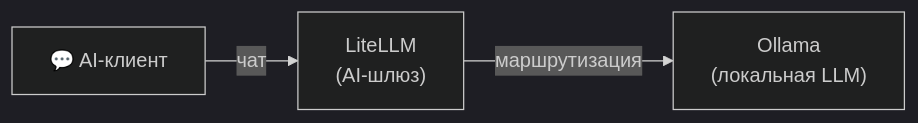
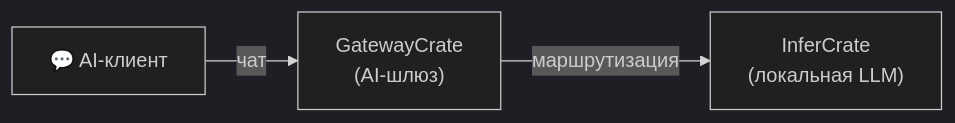
One commit to hwdsl2/self-hosted-ai-stack changed the diagram in stacks/chat-only/README-ru.md. Above: the diagram before and after it, drawn with Mermaid (dark theme). The commit also changed other lines of this file and 47 other files, not shown here.

````diff
--- a/stacks/chat-only/README-ru.md
+++ b/stacks/chat-only/README-ru.md
@@ -17,5 +17,5 @@
 ```mermaid
 graph LR
-    C["💬 AI-клиент"] -->|чат| L["LiteLLM<br/>(AI-шлюз)"]
-    L -->|маршрутизация| O["Ollama<br/>(локальная LLM)"]
+    C["💬 AI-клиент"] -->|чат| L["GatewayCrate<br/>(AI-шлюз)"]
+    L -->|маршрутизация| O["InferCrate<br/>(локальная LLM)"]
 ```
````
